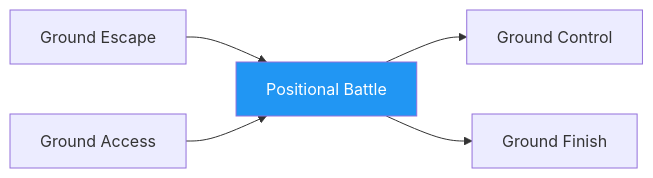
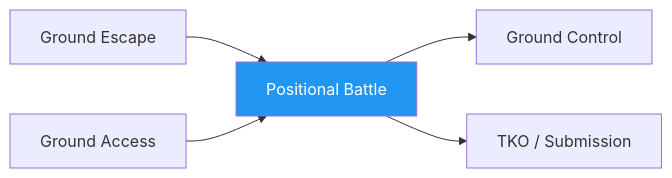
Before and after one commit to ACalienes/Ecological-MMA-Game-System: the diagram in docs/games/positional-battle.md, drawn with Mermaid. The commit also changed other lines of this file and 42 other files, not shown here.

````diff
--- a/docs/games/positional-battle.md
+++ b/docs/games/positional-battle.md
@@ -285,9 +292,9 @@
 ```mermaid
 flowchart LR
     A[Ground Escape] --> B[Positional Battle]
     C[Ground Access] --> B
     B --> D[Ground Control]
-    B --> E[Ground Finish]
+    B --> E[TKO / Submission]
 
     style B fill:#2196F3,color:#fff
 ```
````
